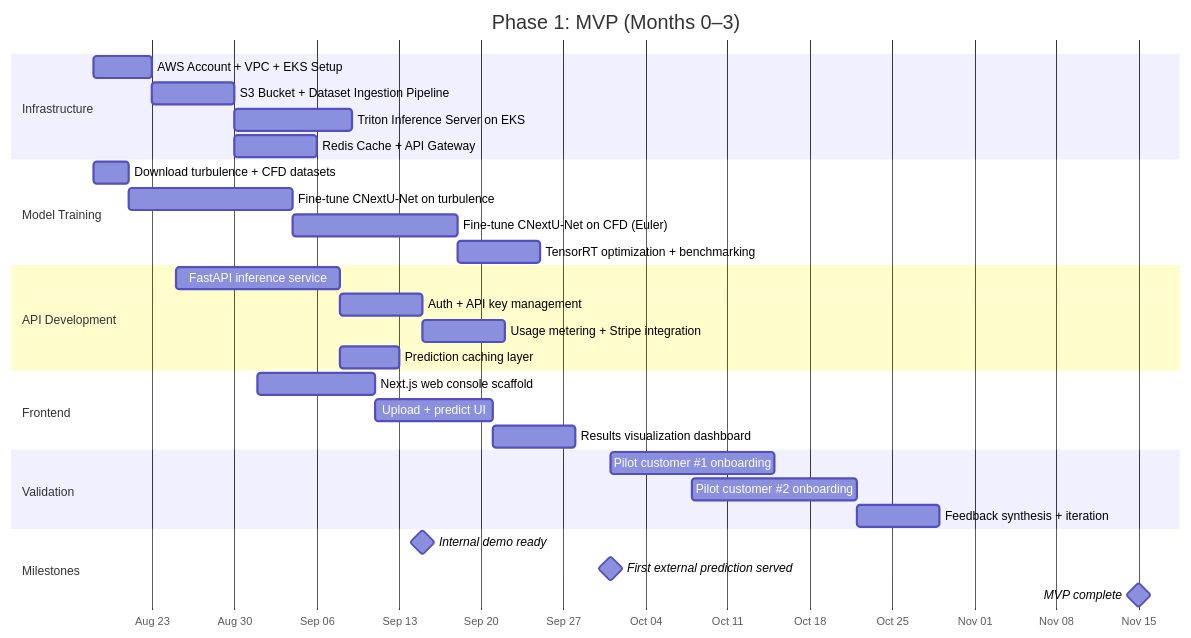
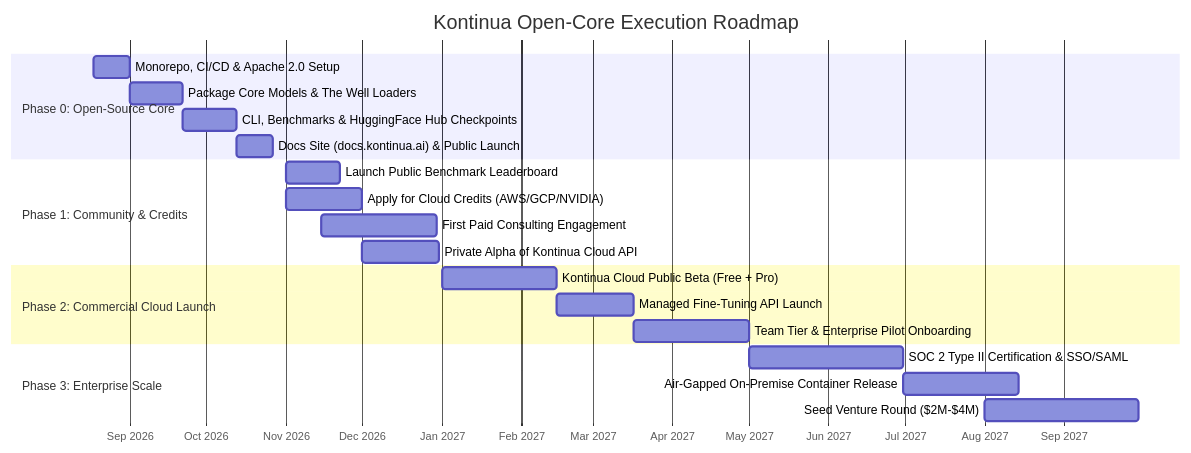
Before and after one commit to KontinuaAI/kontinua: the sixth of 6 diagrams in Kontinua_Implementation_Plan.md, drawn with Mermaid. The commit also changed other lines of this file and 200 other files, not shown here.

Commit message:
chore: prepare Kontinua open source release

````diff
--- a/Kontinua_Implementation_Plan.md
+++ b/Kontinua_Implementation_Plan.md
@@ -453,39 +271,28 @@
 ```mermaid
 gantt
-    title Phase 1: MVP (Months 0–3)
+    title Kontinua Open-Core Execution Roadmap
     dateFormat YYYY-MM-DD
-    axisFormat %b %d
+    axisFormat %b %Y
 
-    section Infrastructure
-    AWS Account + VPC + EKS Setup           :infra1, 2026-08-18, 5d
-    S3 Bucket + Dataset Ingestion Pipeline  :infra2, after infra1, 7d
-    Triton Inference Server on EKS          :infra3, after infra2, 10d
-    Redis Cache + API Gateway               :infra4, after infra2, 7d
+    section Phase 0: Open-Source Core
+    Monorepo, CI/CD & Apache 2.0 Setup   :p0_1, 2026-08-18, 14d
+    Package Core Models & The Well Loaders :p0_2, after p0_1, 21d
+    CLI, Benchmarks & HuggingFace Hub Checkpoints :p0_3, after p0_2, 21d
+    Docs Site (docs.kontinua.ai) & Public Launch  :p0_4, after p0_3, 14d
 
-    section Model Training
-    Download turbulence + CFD datasets      :train1, 2026-08-18, 3d
-    Fine-tune CNextU-Net on turbulence      :train2, after train1, 14d
-    Fine-tune CNextU-Net on CFD (Euler)     :train3, after train2, 14d
-    TensorRT optimization + benchmarking    :train4, after train3, 7d
+    section Phase 1: Community & Credits
+    Launch Public Benchmark Leaderboard  :p1_1, 2026-11-01, 21d
+    Apply for Cloud Credits (AWS/GCP/NVIDIA) :p1_2, 2026-11-01, 30d
+    First Paid Consulting Engagement     :p1_3, 2026-11-15, 45d
+    Private Alpha of Kontinua Cloud API  :p1_4, 2026-12-01, 30d
 
-    section API Development
-    FastAPI inference service                :api1, 2026-08-25, 14d
-    Auth + API key management               :api2, after api1, 7d
-    Usage metering + Stripe integration     :api3, after api2, 7d
-    Prediction caching layer                :api4, after api1, 5d
+    section Phase 2: Commercial Cloud Launch
+    Kontinua Cloud Public Beta (Free + Pro) :p2_1, 2027-01-01, 45d
+    Managed Fine-Tuning API Launch        :p2_2, after p2_1, 30d
+    Team Tier & Enterprise Pilot Onboarding :p2_3, after p2_2, 45d
 
-    section Frontend
-    Next.js web console scaffold            :fe1, 2026-09-01, 10d
-    Upload + predict UI                     :fe2, after fe1, 10d
-    Results visualization dashboard         :fe3, after fe2, 7d
-
-    section Validation
-    Pilot customer #1 onboarding            :val1, 2026-10-01, 14d
-    Pilot customer #2 onboarding            :val2, 2026-10-08, 14d
-    Feedback synthesis + iteration          :val3, after val2, 7d
-
-    section Milestones
-    Internal demo ready                     :milestone, 2026-09-15, 0d
-    First external prediction served        :milestone, 2026-10-01, 0d
-    MVP complete                            :milestone, 2026-11-15, 0d
+    section Phase 3: Enterprise Scale
+    SOC 2 Type II Certification & SSO/SAML :p3_1, 2027-05-01, 60d
+    Air-Gapped On-Premise Container Release :p3_2, after p3_1, 45d
+    Seed Venture Round ($2M-$4M)          :p3_3, 2027-08-01, 60d
 ```
````
